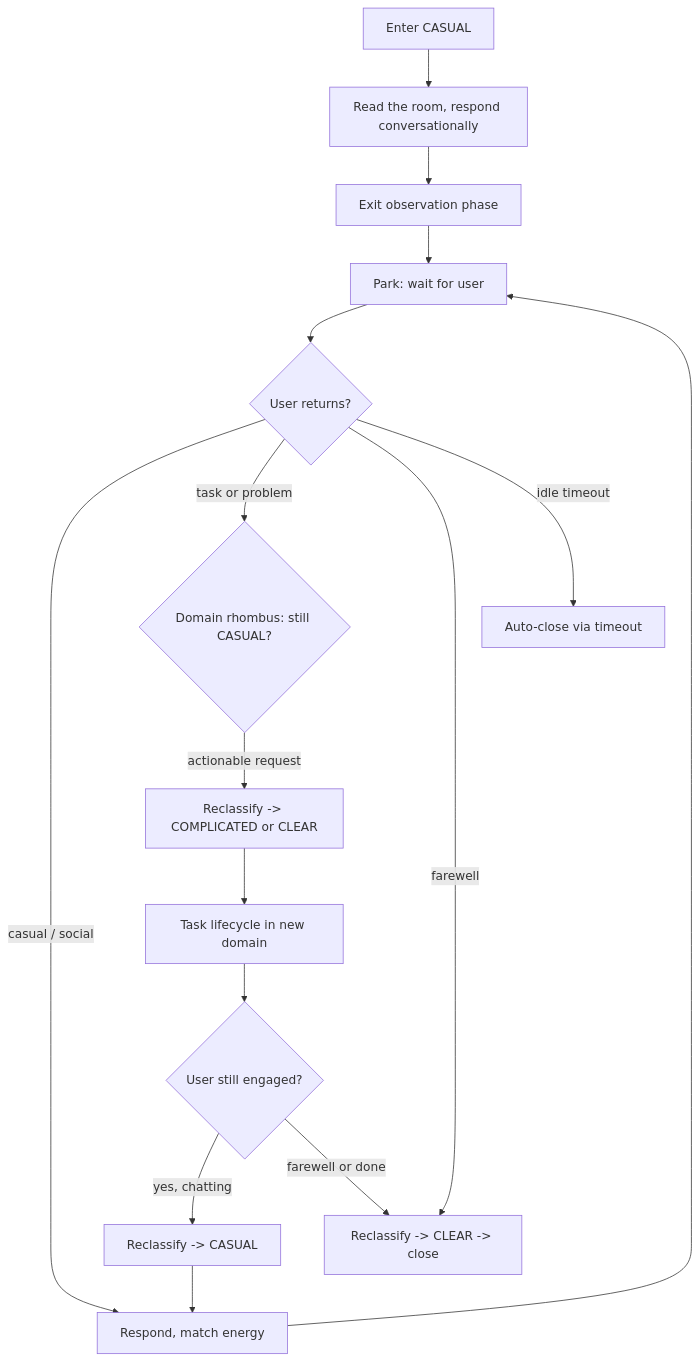
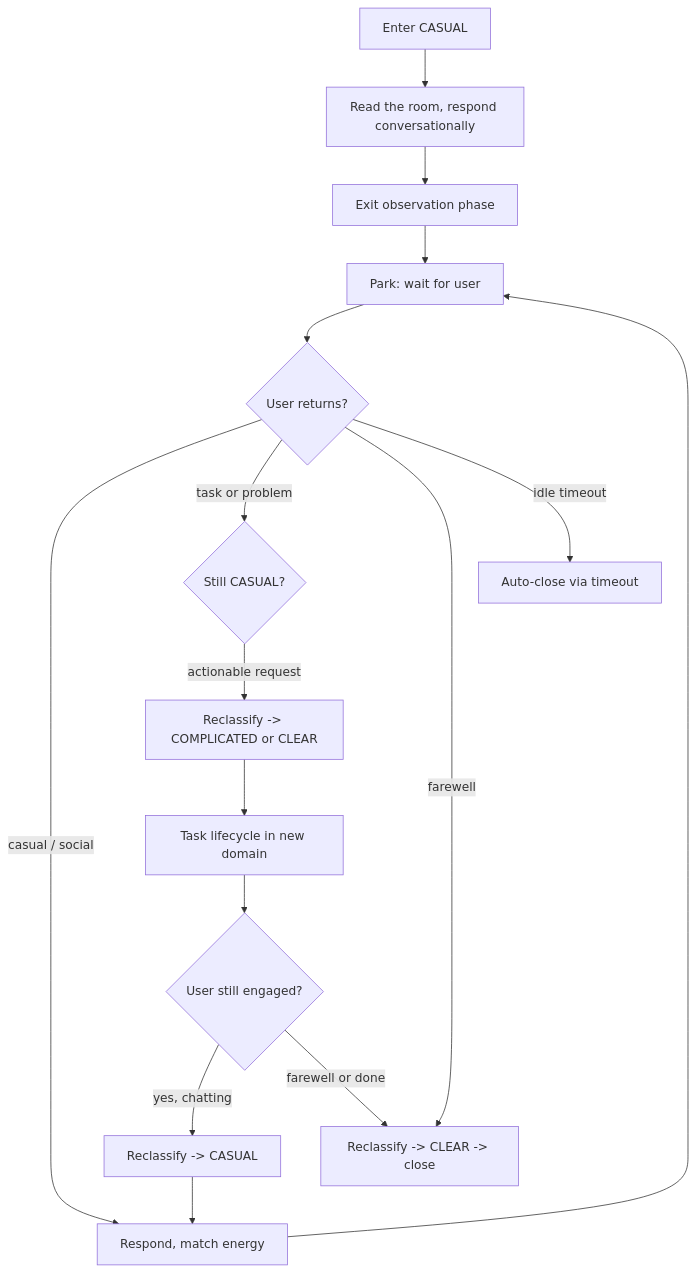
Before and after one commit to The-Darwin-Project/Blackboard: the diagram in src/agents/brain_skills/domain/casual.md, drawn with Mermaid. The commit also changed 8 other files, not shown here.

First line of the commit message:
refactor(brain_skills): remove redundant "rhombus" from Mermaid labels, rename concept to dual-gate

````diff
--- a/src/agents/brain_skills/domain/casual.md
+++ b/src/agents/brain_skills/domain/casual.md
@@ -15,24 +15,24 @@
 ```mermaid
 graph TD
     Enter["Enter CASUAL"] --> Greet["Read the room, respond conversationally"]
 
     Greet --> ExitTriage["Exit observation phase"]
     ExitTriage --> Park["Park: wait for user"]
 
     Park --> UserMsg{"User returns?"}
 
     UserMsg -->|"casual / social"| Respond["Respond, match energy"]
     Respond --> Park
 
-    UserMsg -->|"task or problem"| DomainR{"Domain rhombus: still CASUAL?"}
+    UserMsg -->|"task or problem"| DomainR{"Still CASUAL?"}
     DomainR -->|"actionable request"| ReclassOp["Reclassify -> COMPLICATED or CLEAR"]
     ReclassOp --> TaskWork["Task lifecycle in new domain"]
 
     TaskWork --> PostTask{"User still engaged?"}
     PostTask -->|"yes, chatting"| ReEnter["Reclassify -> CASUAL"]
     ReEnter --> Respond
     PostTask -->|"farewell or done"| ReclassDone["Reclassify -> CLEAR -> close"]
 
     UserMsg -->|"farewell"| ReclassDone
     UserMsg -->|"idle timeout"| AutoClose["Auto-close via timeout"]
 ```
````
